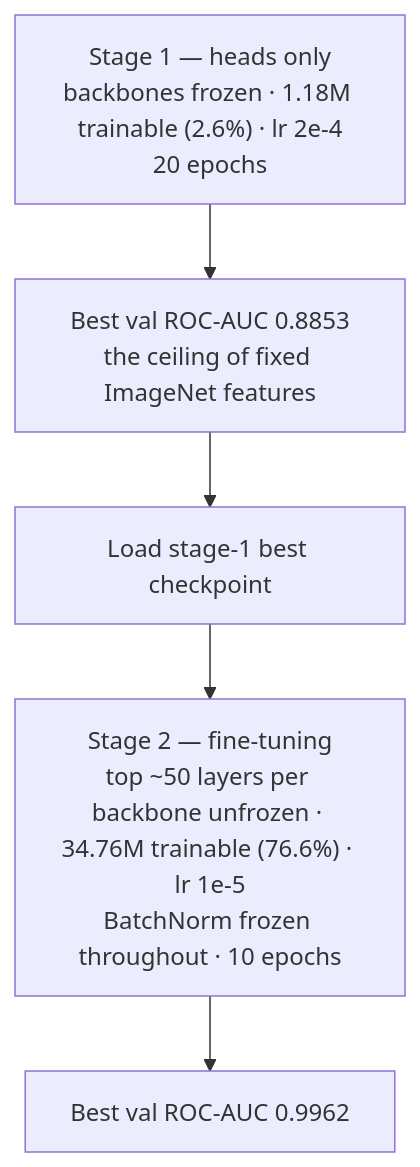
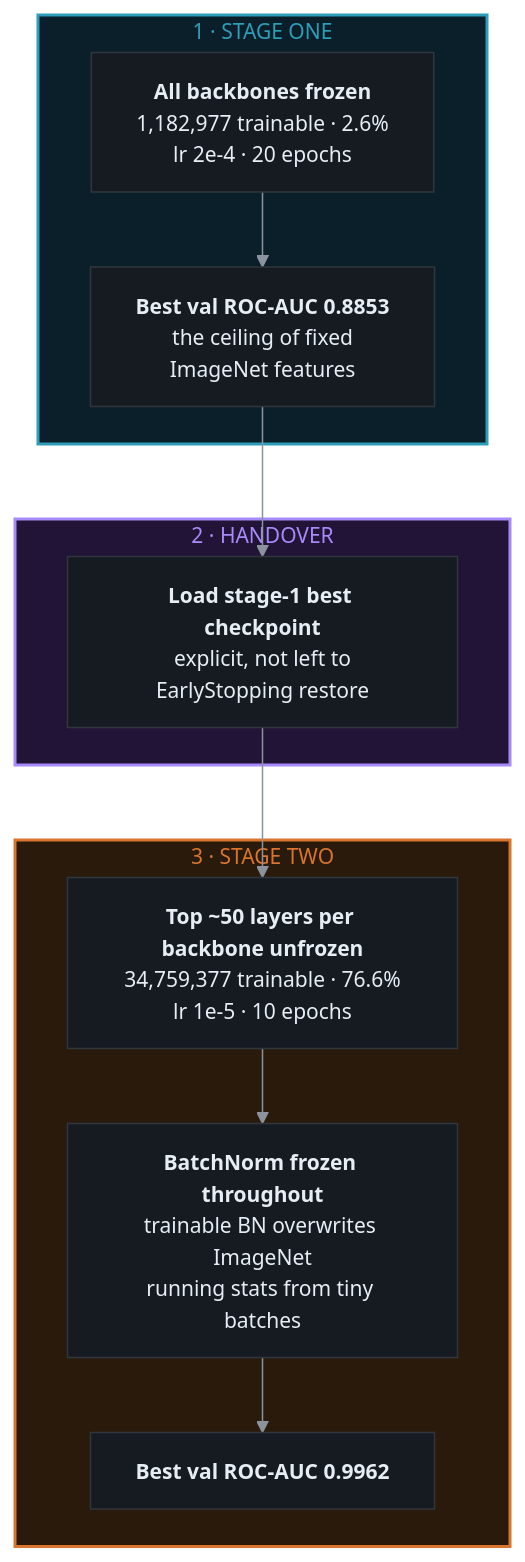
Before and after one commit to adarshcod30/OpenForensics: the second of 3 diagrams in README.md, drawn with Mermaid. The commit also changed other lines of this file, not shown here.

First line of the commit message:
Give the README diagrams a real palette

````diff
--- a/README.md
+++ b/README.md
@@ -83,8 +107,32 @@
 ```mermaid
+%%{init: {'theme':'base','themeVariables':{
+  'background':'#0d1117','primaryColor':'#161b22','primaryTextColor':'#e6edf3',
+  'primaryBorderColor':'#30363d','secondaryColor':'#161b22','tertiaryColor':'#161b22',
+  'lineColor':'#8b949e','textColor':'#e6edf3','fontSize':'14px',
+  'fontFamily':'ui-sans-serif,-apple-system,Segoe UI,sans-serif',
+  'clusterBkg':'transparent','clusterBorder':'#30363d','edgeLabelBackground':'#21262d'
+}}}%%
 flowchart TD
-    A["Stage 1 — heads only<br/>backbones frozen · 1.18M trainable (2.6%) · lr 2e-4<br/>20 epochs"]
-    A --> B["Best val ROC-AUC 0.8853<br/>the ceiling of fixed ImageNet features"]
-    B --> C["Load stage-1 best checkpoint"]
-    C --> D["Stage 2 — fine-tuning<br/>top ~50 layers per backbone unfrozen · 34.76M trainable (76.6%) · lr 1e-5<br/>BatchNorm frozen throughout · 10 epochs"]
-    D --> E["Best val ROC-AUC 0.9962"]
+    subgraph T1["1 · STAGE ONE"]
+        A["<b>All backbones frozen</b><br/>1,182,977 trainable · 2.6%<br/>lr 2e-4 · 20 epochs"]
+        A2["<b>Best val ROC-AUC 0.8853</b><br/>the ceiling of fixed<br/>ImageNet features"]
+        A --> A2
+    end
+
+    subgraph T2["2 · HANDOVER"]
+        C["<b>Load stage-1 best checkpoint</b><br/>explicit, not left to<br/>EarlyStopping restore"]
+    end
+
+    subgraph T3["3 · STAGE TWO"]
+        D["<b>Top ~50 layers per backbone unfrozen</b><br/>34,759,377 trainable · 76.6%<br/>lr 1e-5 · 10 epochs"]
+        D2["<b>BatchNorm frozen throughout</b><br/>trainable BN overwrites ImageNet<br/>running stats from tiny batches"]
+        D3["<b>Best val ROC-AUC 0.9962</b>"]
+        D --> D2 --> D3
+    end
+
+    A2 --> C --> D
+
+    style T1 fill:#0b1f2a,stroke:#2E9EB8,stroke-width:2px,color:#2E9EB8
+    style T2 fill:#221436,stroke:#A78BFA,stroke-width:2px,color:#A78BFA
+    style T3 fill:#2a1a0b,stroke:#D9752F,stroke-width:2px,color:#D9752F
 ```
````
